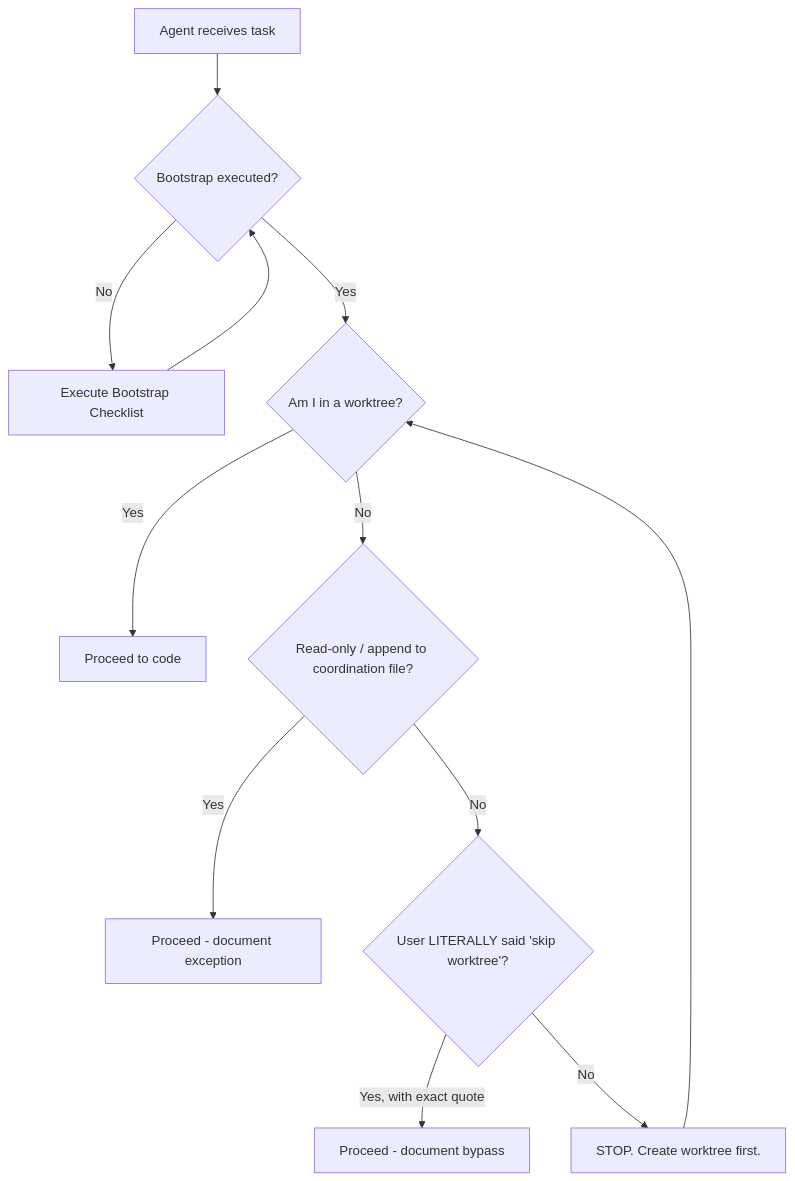
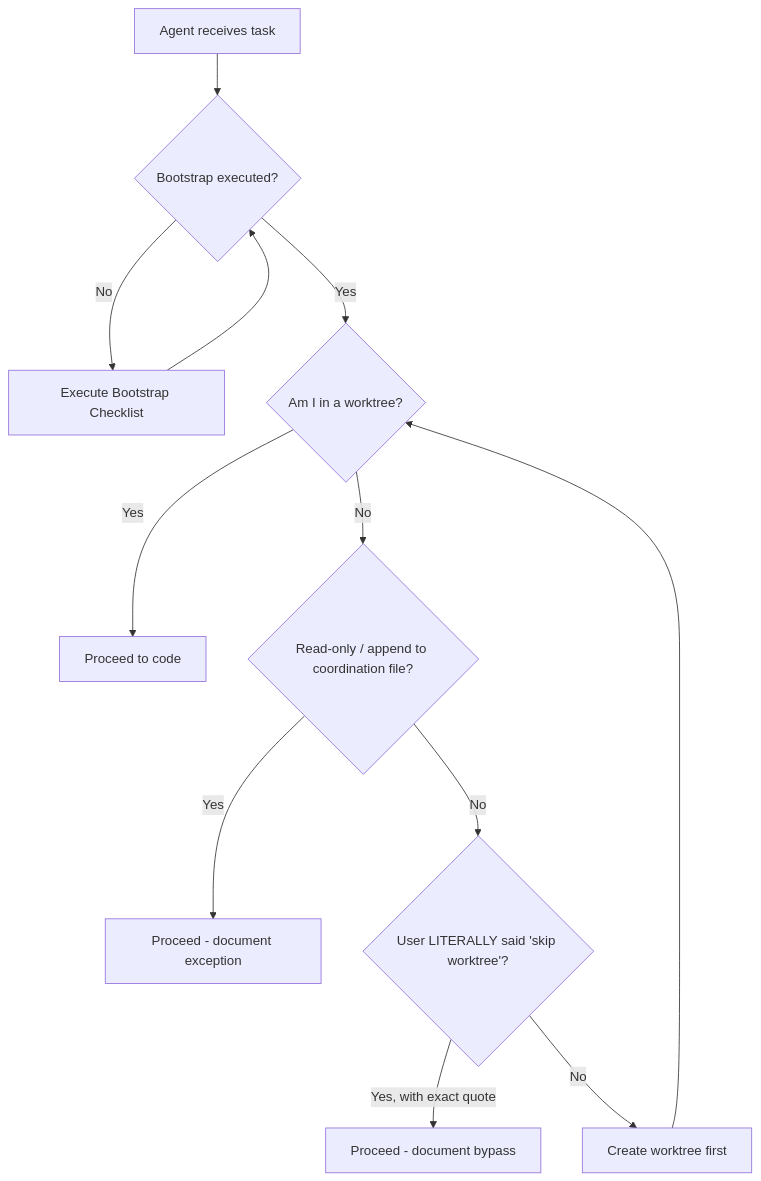
One commit to ekson73/multi-agent-os changed the diagram in docs/agent-bootstrap-protocol.md. Above: the diagram before and after it, drawn with Mermaid. The commit also changed other lines of this file and 2 other files, not shown here.

````diff
--- a/docs/agent-bootstrap-protocol.md
+++ b/docs/agent-bootstrap-protocol.md
@@ -100,14 +84,14 @@
 ```mermaid
 graph TD
     A[Agent receives task] --> B{Bootstrap executed?}
     B -->|No| C[Execute Bootstrap Checklist]
     C --> B
     B -->|Yes| D{Am I in a worktree?}
     D -->|Yes| E[Proceed to code]
     D -->|No| F{Read-only / append to coordination file?}
     F -->|Yes| G[Proceed - document exception]
     F -->|No| H{User LITERALLY said 'skip worktree'?}
     H -->|Yes, with exact quote| I[Proceed - document bypass]
-    H -->|No| J[STOP. Create worktree first.]
+    H -->|No| J[Create worktree first]
     J --> D
 ```
````
